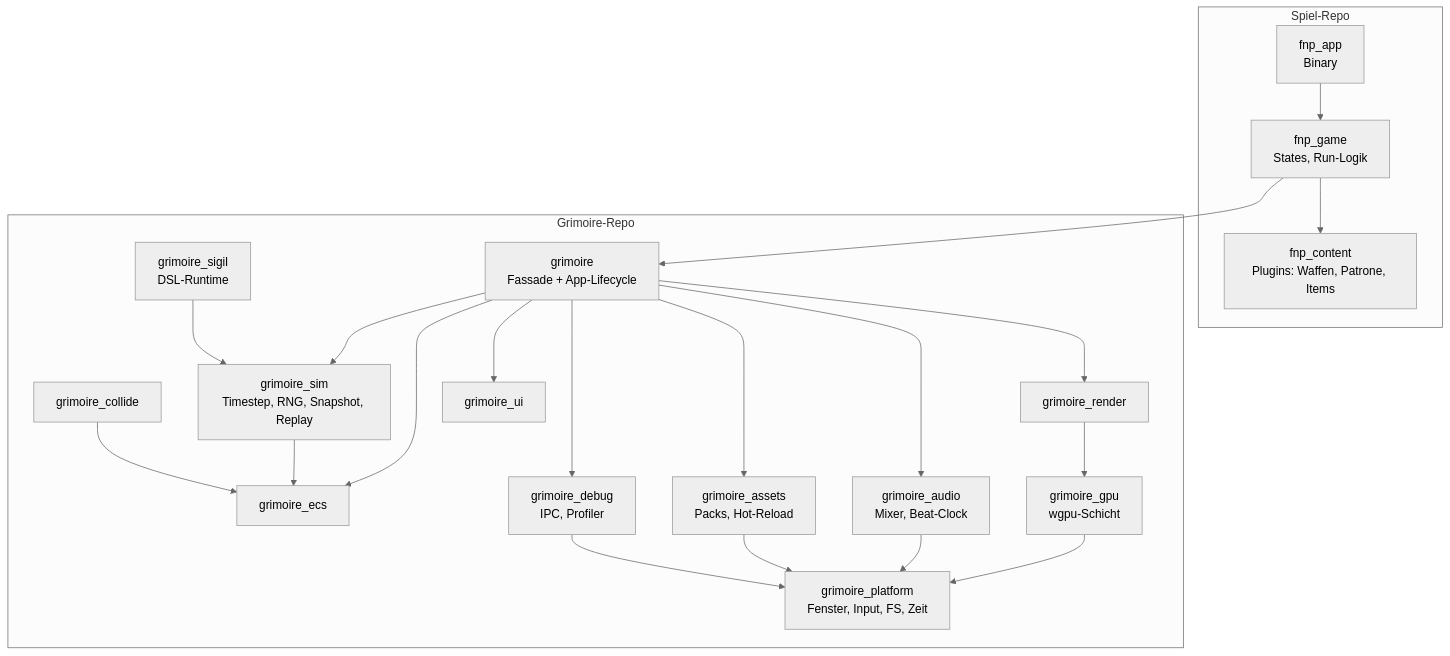
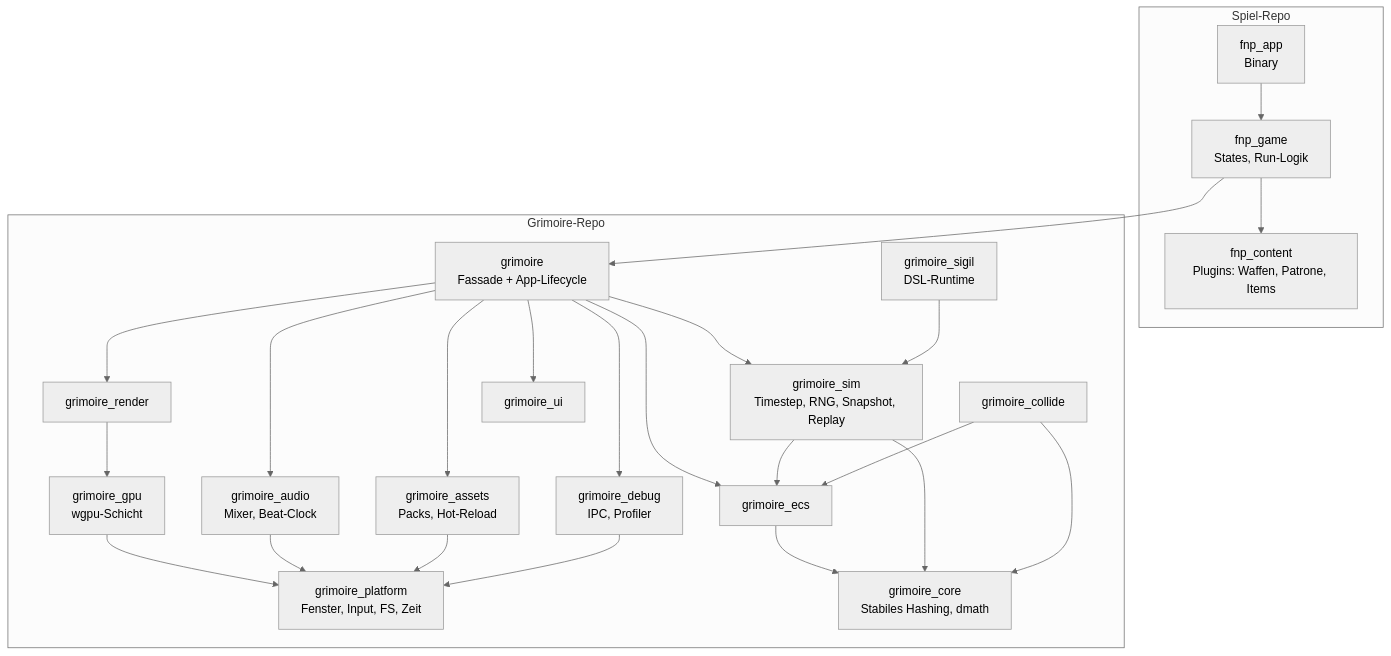
The first of 2 diagrams in docs/prd/0002-grimoire-engine-architektur.md (LupusMalusDeviant/fiends-n-patrons), drawn with Mermaid (neutral theme) before and after one commit. The commit also changed other lines of this file and 3 other files, not shown here.

First line of the commit message:
docs: record P0 progress, grimoire_core leaf crate and wgpu boundary refinement

````diff
--- a/docs/prd/0002-grimoire-engine-architektur.md
+++ b/docs/prd/0002-grimoire-engine-architektur.md
@@ -46,30 +46,32 @@
 ```mermaid
 graph TD
     subgraph Spiel-Repo
         APP[fnp_app<br/>Binary] --> GAME[fnp_game<br/>States, Run-Logik]
         GAME --> CONTENT[fnp_content<br/>Plugins: Waffen, Patrone, Items]
     end
     subgraph Grimoire-Repo
         FAC[grimoire<br/>Fassade + App-Lifecycle]
         ECS[grimoire_ecs]
         SIM[grimoire_sim<br/>Timestep, RNG, Snapshot, Replay]
         COL[grimoire_collide]
         SIG[grimoire_sigil<br/>DSL-Runtime]
         REN[grimoire_render]
         GPU[grimoire_gpu<br/>wgpu-Schicht]
         AUD[grimoire_audio<br/>Mixer, Beat-Clock]
         UI[grimoire_ui]
         AST[grimoire_assets<br/>Packs, Hot-Reload]
         DBG[grimoire_debug<br/>IPC, Profiler]
         PLT[grimoire_platform<br/>Fenster, Input, FS, Zeit]
+        CORE[grimoire_core<br/>Stabiles Hashing, dmath]
     end
     GAME --> FAC
     FAC --> ECS & SIM & REN & AUD & UI & AST & DBG
     SIM --> ECS
     COL --> ECS
     SIG --> SIM
+    ECS & SIM & COL --> CORE
     REN --> GPU --> PLT
     AUD --> PLT
     AST --> PLT
     DBG --> PLT
 ```
````
